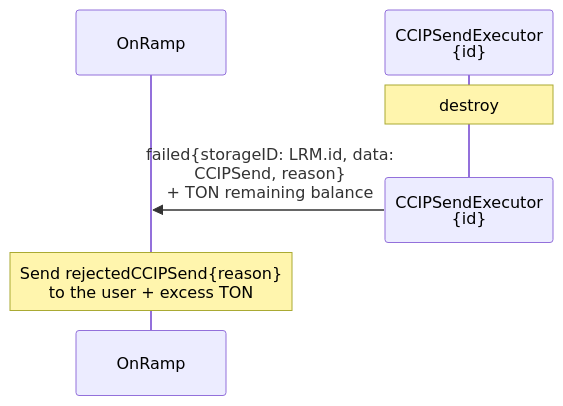
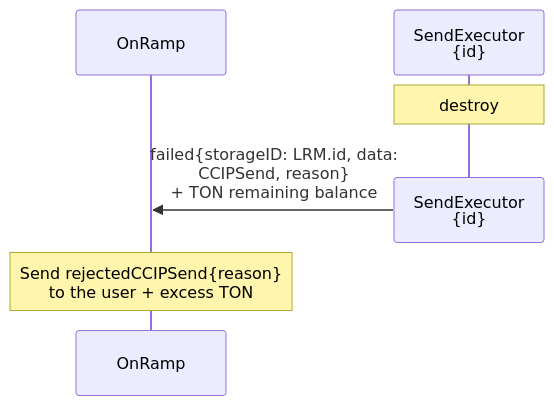
One commit to fork-the-planet/smartcontractkit___chainlink-ton changed the second of 2 diagrams in docs/contracts/ccip/flow/onramp/arbitrary-msg.md. Above: the diagram before and after it, drawn with Mermaid. The commit also changed other lines of this file and 12 other files, not shown here.

Commit message:
[NONEVM-2831] Update documentation on Message Flow #270

````diff
--- a/docs/contracts/ccip/flow/onramp/arbitrary-msg.md
+++ b/docs/contracts/ccip/flow/onramp/arbitrary-msg.md
@@ -49,9 +49,9 @@
 ```mermaid
 sequenceDiagram
     participant OR as OnRamp
-    participant LRM as CCIPSendExecutor<br>{id}
+    participant LRM as SendExecutor<br>{id}
     Note over LRM: destroy
     destroy LRM
     LRM ->> OR: failed{storageID: LRM.id, data:<br>CCIPSend, reason}<br>+ TON remaining balance
     Note over OR: Send rejectedCCIPSend{reason}<br>to the user + excess TON
 ```
````
